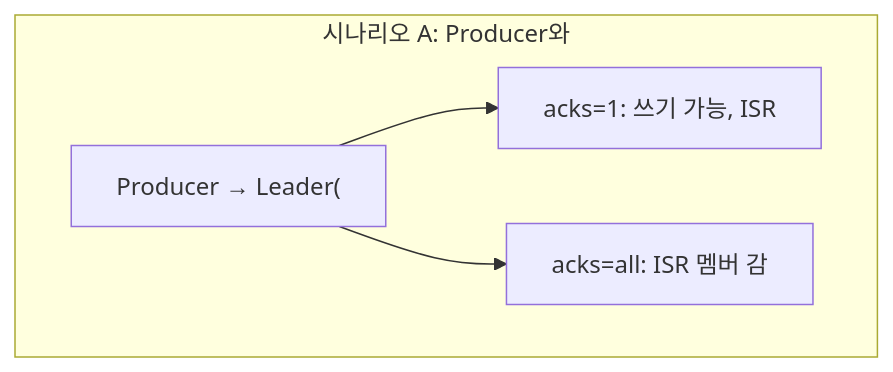
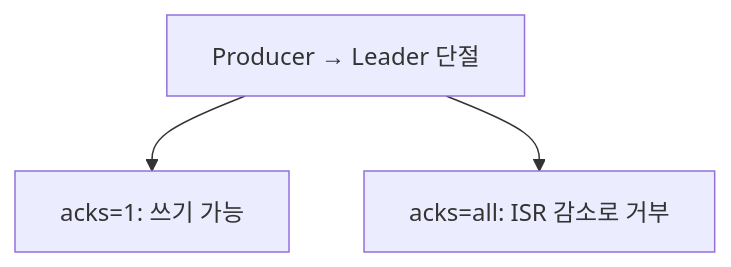
Diagram 19 of 21 in _posts/kafka/2026-05-01-kafka-extreme-scenarios.md (yjkim2015/yjkim2015.github.io), drawn with Mermaid before and after one commit. The commit also changed other lines of this file and 155 other files, not shown here.

First line of the commit message:
Mermaid 전면 수정: subgraph 제거, participant/노드/줄수 축소 (342블록)

````diff
--- a/_posts/kafka/2026-05-01-kafka-extreme-scenarios.md
+++ b/_posts/kafka/2026-05-01-kafka-extreme-scenarios.md
@@ -572,10 +553,8 @@
 ```mermaid
 graph TD
-    subgraph scenA["시나리오 A: Producer와"]
-        SA1["Producer → Leader("]
-        SA2["acks=1: 쓰기 가능, ISR"]
-        SA3["acks=all: ISR 멤버 감"]
-        SA1 --> SA2
-        SA1 --> SA3
-    end
+    SA1["Producer → Leader 단절"]
+    SA2["acks=1: 쓰기 가능"]
+    SA3["acks=all: ISR 감소로 거부"]
+    SA1 --> SA2
+    SA1 --> SA3
 ```
````
